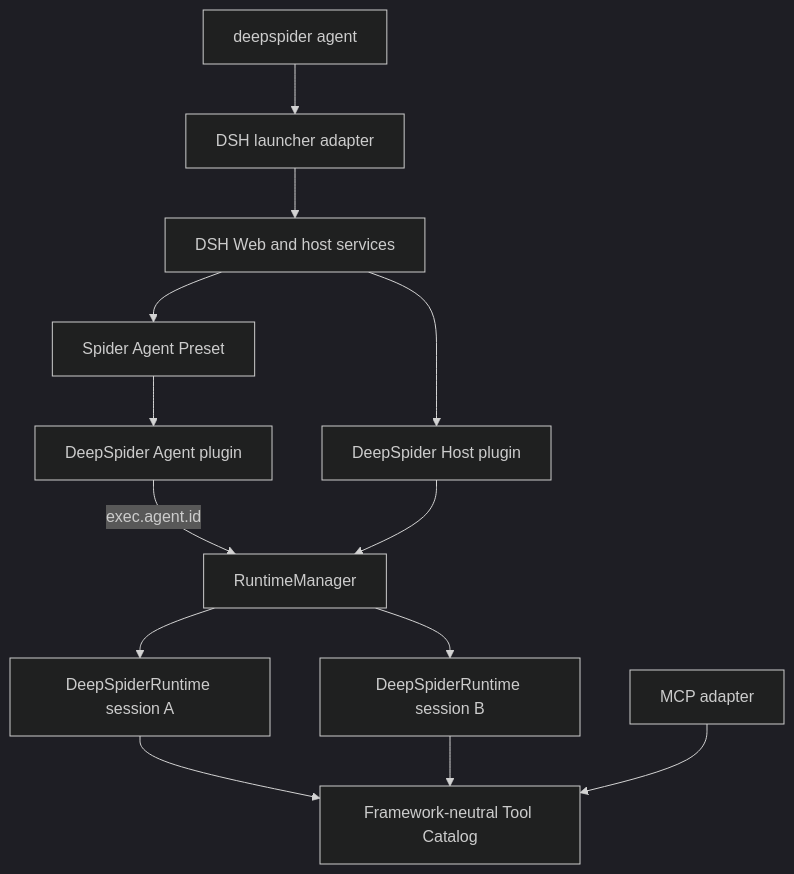
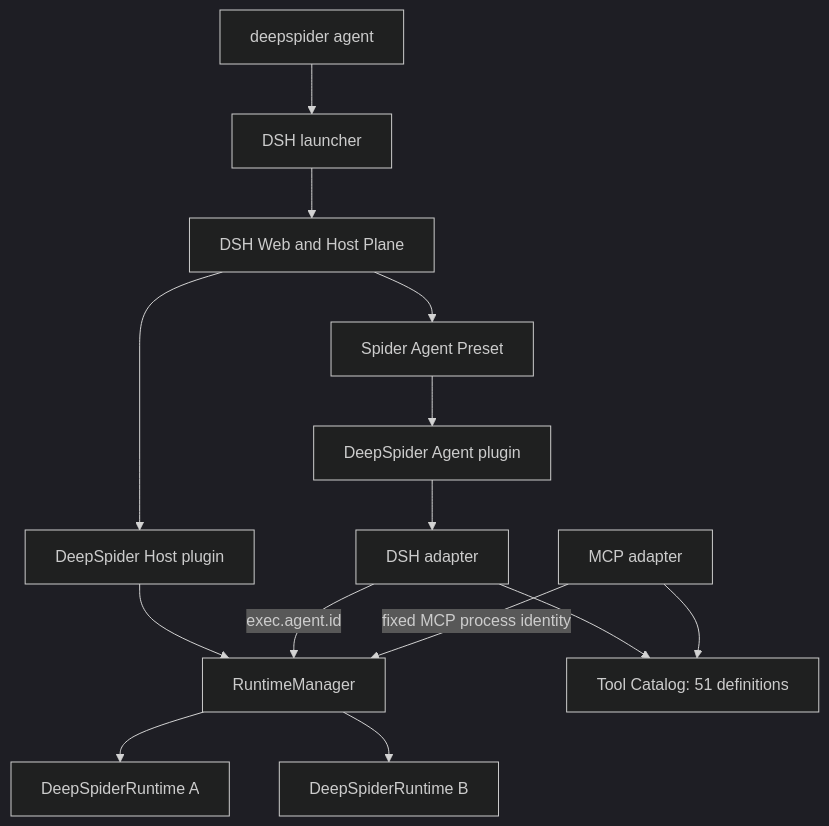
Before and after one commit to ma-pony/JSForge: the diagram in docs/superpowers/specs/2026-08-14-dsh-native-integration-design.md, drawn with Mermaid (dark theme). The commit also changed other lines of this file, not shown here.

Commit message:
docs: simplify native DSH integration

````diff
--- a/docs/superpowers/specs/2026-08-14-dsh-native-integration-design.md
+++ b/docs/superpowers/specs/2026-08-14-dsh-native-integration-design.md
@@ -41,27 +42,29 @@
 ```mermaid
 flowchart TD
     CLI["deepspider agent"]
-    Launcher["DSH launcher adapter"]
-    Web["DSH Web and host services"]
+    Launcher["DSH launcher"]
+    Host["DSH Web and Host Plane"]
     Preset["Spider Agent Preset"]
+    HostPlugin["DeepSpider Host plugin"]
     AgentPlugin["DeepSpider Agent plugin"]
-    HostPlugin["DeepSpider Host plugin"]
     Manager["RuntimeManager"]
-    RuntimeA["DeepSpiderRuntime session A"]
-    RuntimeB["DeepSpiderRuntime session B"]
-    Catalog["Framework-neutral Tool Catalog"]
-    MCP["MCP adapter"]
+    RuntimeA["DeepSpiderRuntime A"]
+    RuntimeB["DeepSpiderRuntime B"]
+    Catalog["Tool Catalog: 51 definitions"]
+    DSHAdapter["DSH adapter"]
+    MCPAdapter["MCP adapter"]
 
     CLI --> Launcher
-    Launcher --> Web
-    Web --> Preset
-    Web --> HostPlugin
+    Launcher --> Host
+    Host --> HostPlugin
+    Host --> Preset
     Preset --> AgentPlugin
-    AgentPlugin -->|"exec.agent.id"| Manager
     HostPlugin --> Manager
+    AgentPlugin --> DSHAdapter
+    DSHAdapter --> Catalog
+    MCPAdapter --> Catalog
+    DSHAdapter -->|"exec.agent.id"| Manager
+    MCPAdapter -->|"fixed MCP process identity"| Manager
     Manager --> RuntimeA
     Manager --> RuntimeB
-    RuntimeA --> Catalog
-    RuntimeB --> Catalog
-    MCP --> Catalog
 ```
````
